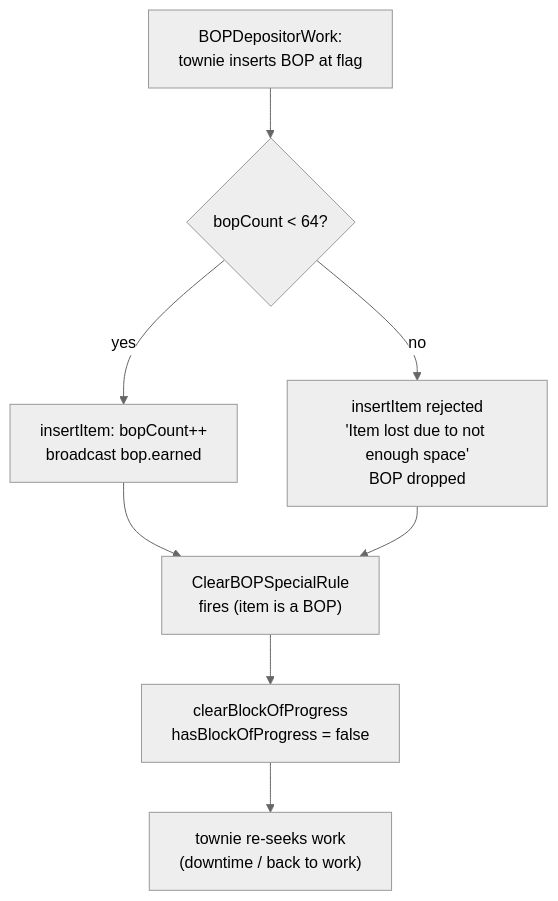
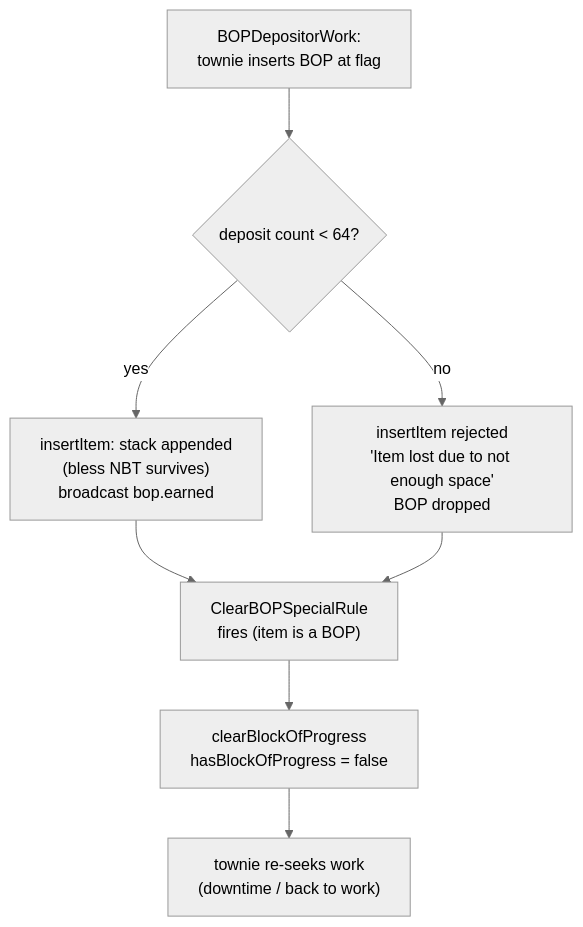
Before and after one commit to bradsk88/Questown: the fourth of 6 diagrams in src/main/java/ca/bradj/questown/town/entity/COMPLEX.md, drawn with Mermaid (neutral theme). The commit also changed other lines of this file and 22 other files, not shown here.

First line of the commit message:
feat(bop): gold BOPs guarantee a root job; flag sparkles cyan when holding BOPs

````diff
--- a/src/main/java/ca/bradj/questown/town/entity/COMPLEX.md
+++ b/src/main/java/ca/bradj/questown/town/entity/COMPLEX.md
@@ -94,10 +96,10 @@
 ```mermaid
 flowchart TD
-    Dep["BOPDepositorWork:\ntownie inserts BOP at flag"] --> Ins{"bopCount < 64?"}
-    Ins -- yes --> OK["insertItem: bopCount++\nbroadcast bop.earned"]
+    Dep["BOPDepositorWork:\ntownie inserts BOP at flag"] --> Ins{"deposit count < 64?"}
+    Ins -- yes --> OK["insertItem: stack appended\n(bless NBT survives)\nbroadcast bop.earned"]
     Ins -- no --> Lost["insertItem rejected\n'Item lost due to not enough space'\nBOP dropped"]
     OK --> Clr["ClearBOPSpecialRule\nfires (item is a BOP)"]
     Lost --> Clr
     Clr --> Clear["clearBlockOfProgress\nhasBlockOfProgress = false"]
     Clear --> Back["townie re-seeks work\n(downtime / back to work)"]
 ```
````
